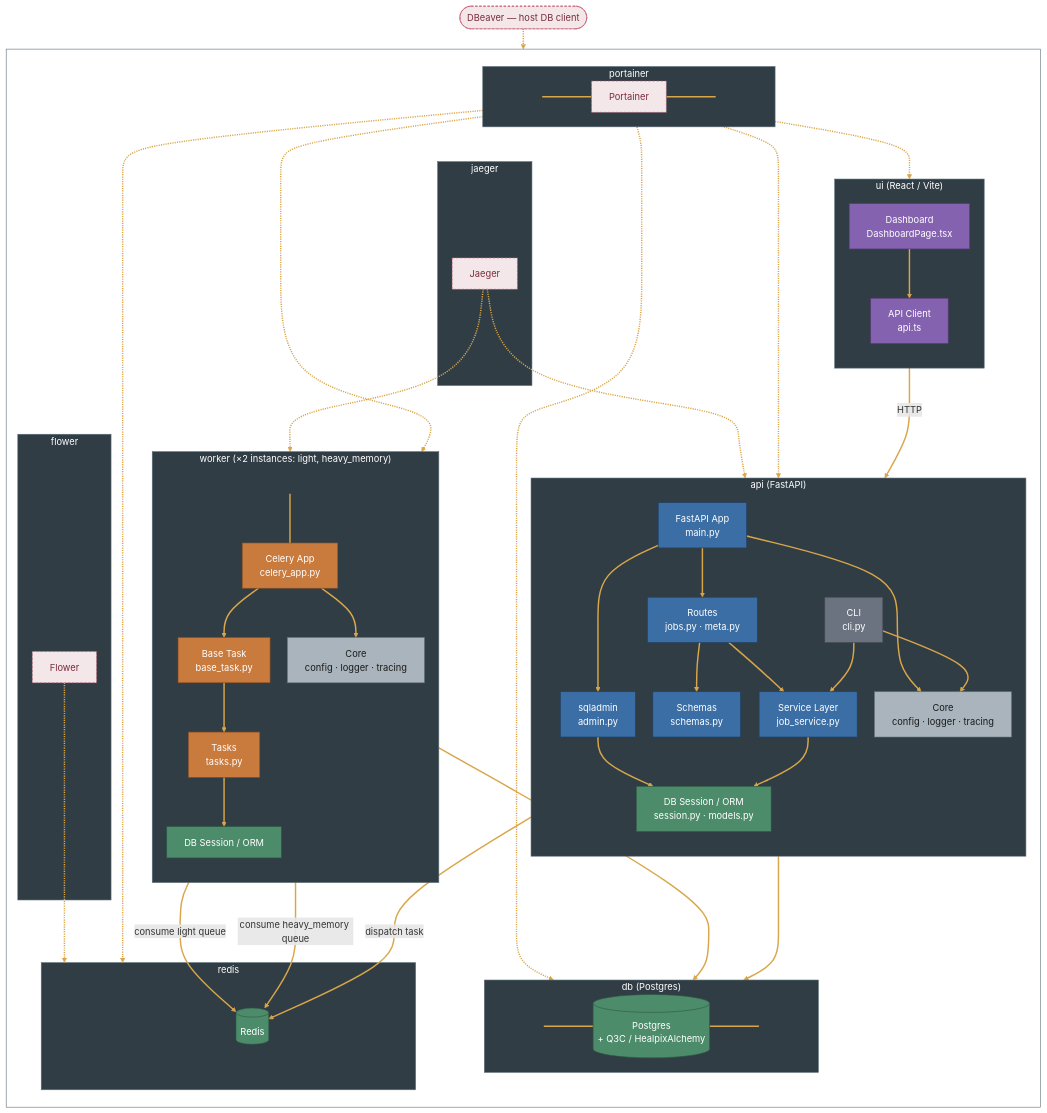
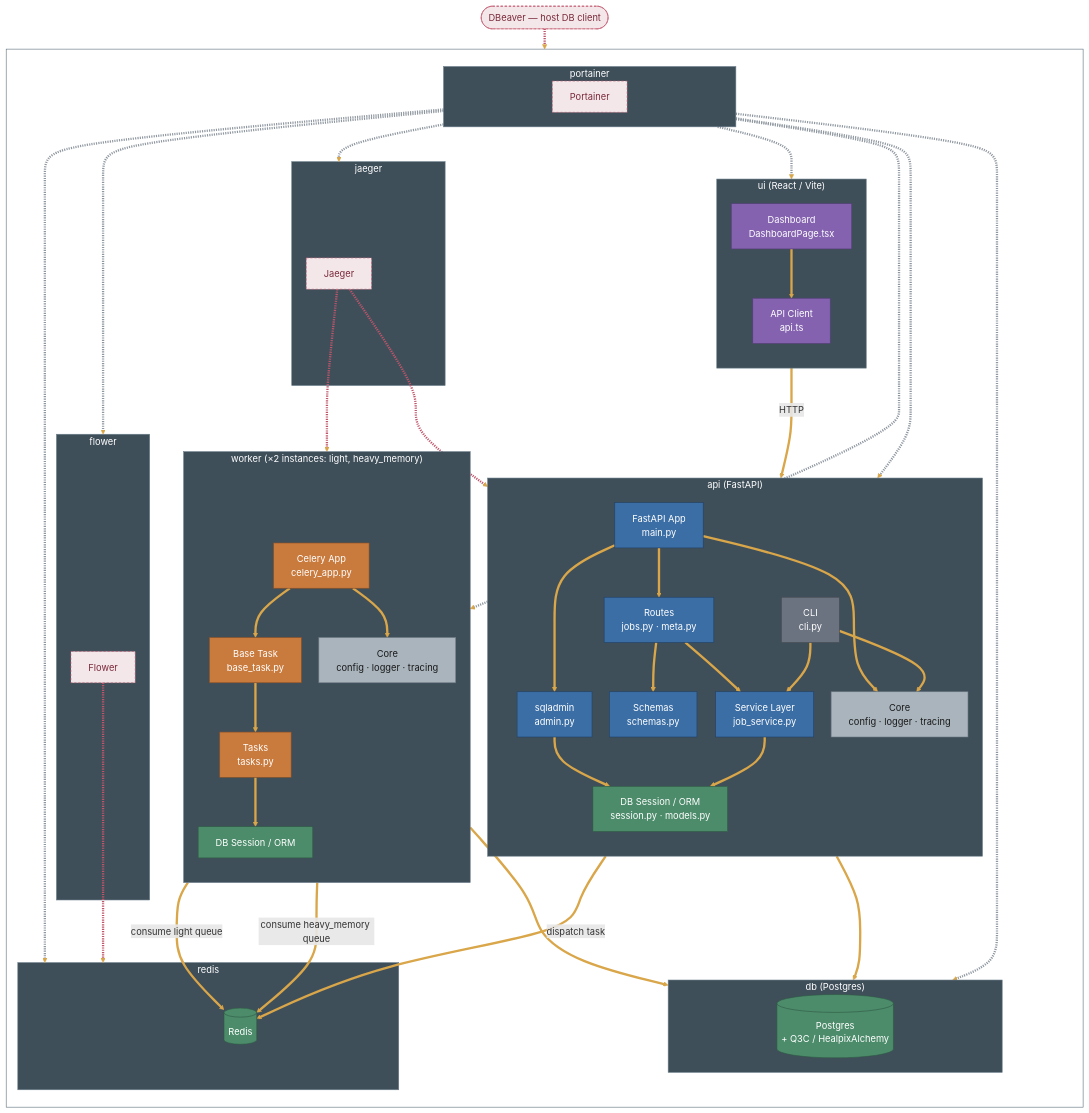
The diagram in docs/diagrams/infrastructure_topology.md (davecoulter/diffpype_claude), drawn with Mermaid before and after one commit. The commit also changed other lines of this file, not shown here.

Commit message:
Fix topology diagram: dangling links, add tiers
Spacer nodes used for layout centering became visible after an
earlier line-color change; Portainer was also missing edges to two
containers it manages. Adds a 3-tier edge color system to separate
app data flow from process-level vs. container-level monitoring.

````diff
--- a/docs/diagrams/infrastructure_topology.md
+++ b/docs/diagrams/infrastructure_topology.md
@@ -96,6 +96,8 @@
     portainer_node -.-> ui_c
     portainer_node -.-> db_c
     portainer_node -.-> redis_c
+    portainer_node -.-> flower_c
+    portainer_node -.-> jaeger_c
     flower_node -.-> redis_c
     jaeger_node -.-> api_c
     jaeger_node -.-> worker_c
@@ -108,12 +110,19 @@
     classDef cliLayer fill:#6B7280,stroke:#454A52,color:#fff
     classDef coreLayer fill:#A9B4BC,stroke:#6D7882,color:#1a1a1a
     classDef monitor fill:#F4E7EA,stroke:#C0546A,color:#7A2B3B,stroke-dasharray: 4 3
-    classDef containerBg fill:#313D45,stroke:#5A6C77,color:#fff
+    classDef containerBg fill:#3F4F5A,stroke:#6A7E8B,color:#fff
     classDef spacer fill:transparent,stroke:transparent,color:transparent
     classDef networkBg fill:transparent,stroke:#5A6C77,color:#fff
 
     class db_c,redis_c,api_c,worker_c,ui_c,jaeger_c,flower_c,portainer_c containerBg
     class network networkBg
 
-    linkStyle default stroke:#D9A64A,stroke-width:2.5px
+    %% Tier 1 (default): solid amber — configured application data flow between components
+    linkStyle default stroke:#D9A64A,stroke-width:4px
+    %% Invisible spacer links used only to center nodes within db_c, worker_c, portainer_c — must override the amber default or they render as dangling solid lines
+    linkStyle 0,1,11,17,18 stroke:none,stroke-width:0
+    %% Tier 3: dashed cool steel gray — Portainer manages containers at the Docker daemon level, independent of what's running inside them
+    linkStyle 25,26,27,28,29,30,31 stroke:#8F97A0,stroke-width:4px
+    %% Tier 2: dashed rose — Jaeger/Flower/DBeaver observe a specific process's exposed port/protocol (OTLP, Celery/Redis state, Postgres wire protocol)
+    linkStyle 32,33,34,35 stroke:#C0546A,stroke-width:4px
 ```
````
